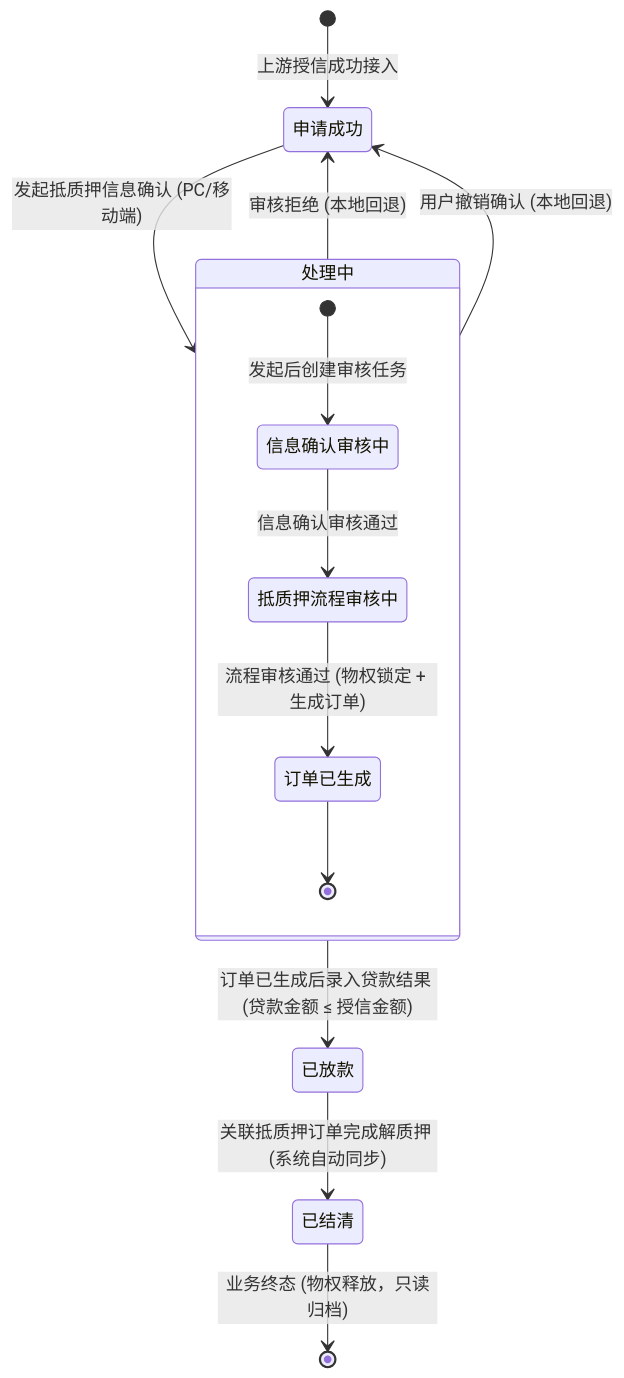
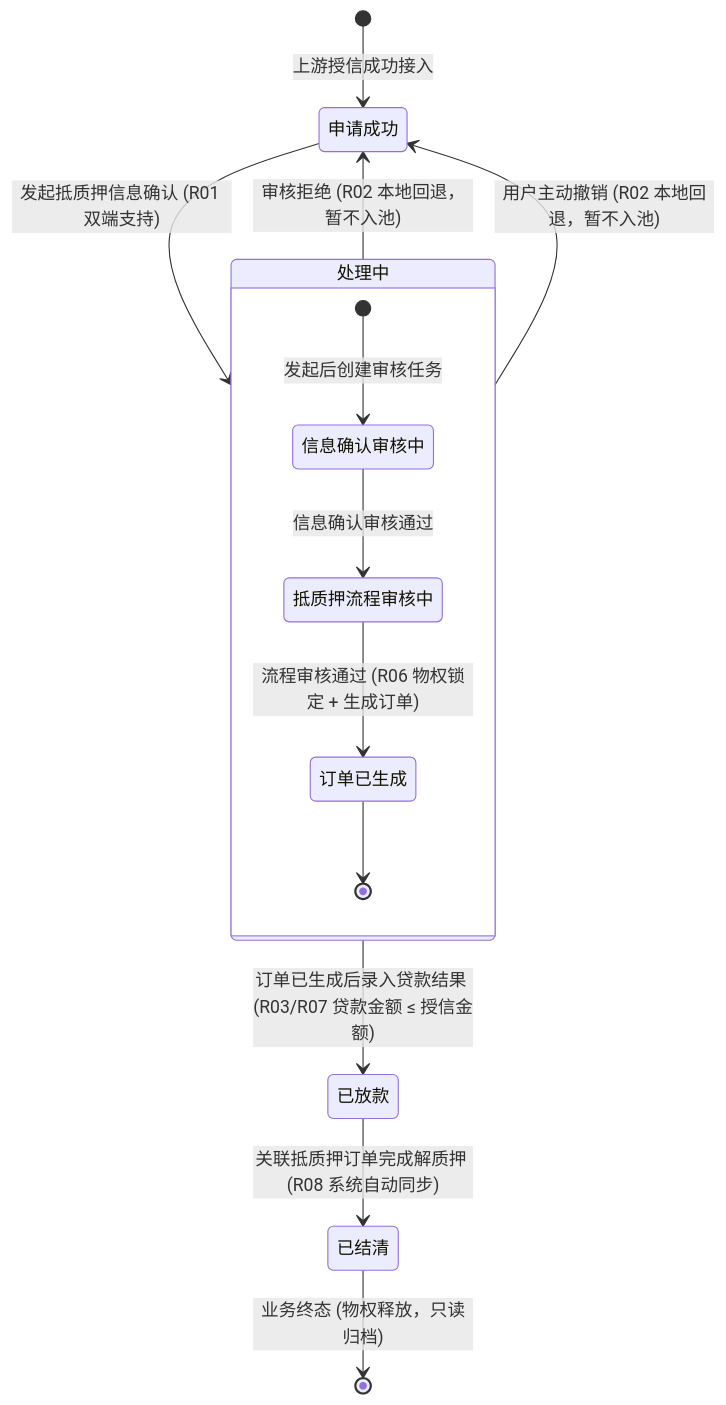
The diagram in 02-PRD文档/🌟🌟🌟-最新基准版/B端PC/03-融资监管/04-融资管理-融资结果-线上抵质押办理/线上抵质押办理业务规则规格.md (RobertHuang999/SYZC), drawn with Mermaid before and after one commit. The commit also changed other lines of this file and 264 other files, not shown here.

````diff
--- a/02-PRD文档/🌟🌟🌟-最新基准版/B端PC/03-融资监管/04-融资管理-融资结果-线上抵质押办理/线上抵质押办理业务规则规格.md
+++ b/02-PRD文档/🌟🌟🌟-最新基准版/B端PC/03-融资监管/04-融资管理-融资结果-线上抵质押办理/线上抵质押办理业务规则规格.md
@@ -46,20 +49,20 @@
 ```mermaid
 stateDiagram-v2
     [*] --> 申请成功 : 上游授信成功接入
     
-    申请成功 --> 处理中 : 发起抵质押信息确认 (PC/移动端)
+    申请成功 --> 处理中 : 发起抵质押信息确认 (R01 双端支持)
     
     state 处理中 {
         [*] --> 信息确认审核中 : 发起后创建审核任务
         信息确认审核中 --> 抵质押流程审核中 : 信息确认审核通过
-        抵质押流程审核中 --> 订单已生成 : 流程审核通过 (物权锁定 + 生成订单)
+        抵质押流程审核中 --> 订单已生成 : 流程审核通过 (R06 物权锁定 + 生成订单)
         订单已生成 --> [*]
     }
 
-    处理中 --> 申请成功 : 审核拒绝 (本地回退)
-    处理中 --> 申请成功 : 用户撤销确认 (本地回退)
+    处理中 --> 申请成功 : 审核拒绝 (R02 本地回退，暂不入池)
+    处理中 --> 申请成功 : 用户主动撤销 (R02 本地回退，暂不入池)
     
-    处理中 --> 已放款 : 订单已生成后录入贷款结果 (贷款金额 ≤ 授信金额)
-    已放款 --> 已结清 : 关联抵质押订单完成解质押 (系统自动同步)
+    处理中 --> 已放款 : 订单已生成后录入贷款结果 (R03/R07 贷款金额 ≤ 授信金额)
+    已放款 --> 已结清 : 关联抵质押订单完成解质押 (R08 系统自动同步)
     已结清 --> [*] : 业务终态 (物权释放，只读归档)
 ```
````
